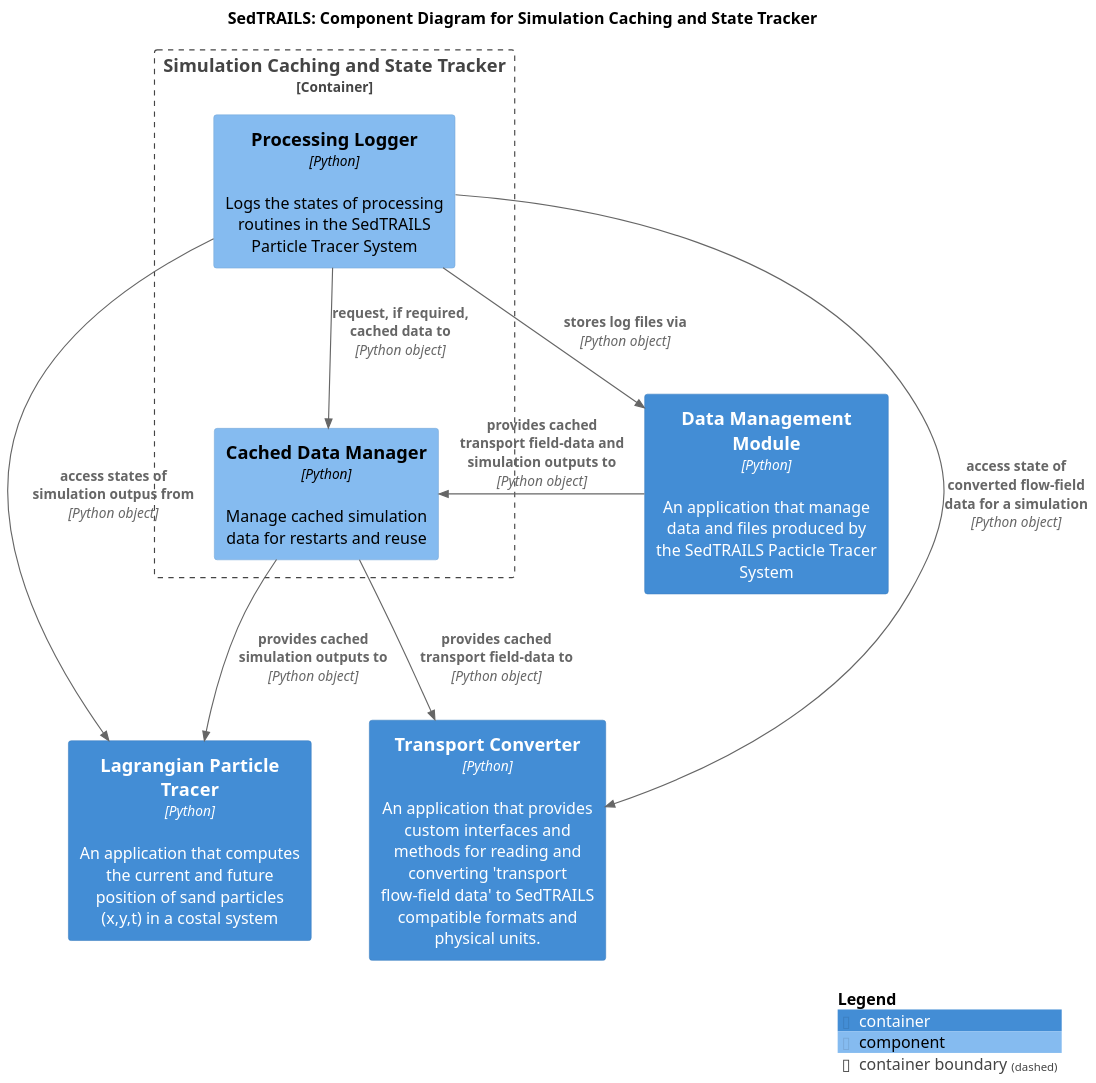
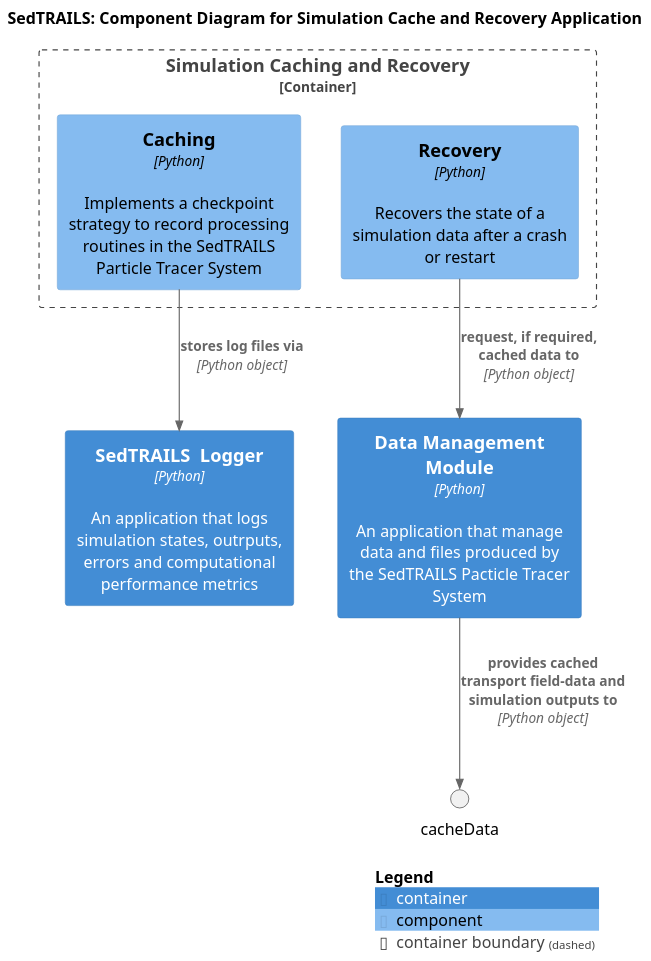
Before and after one commit to sgpearson17/sedtrails-sgp: the diagram in diagrams/componets-cache-app.puml, drawn with PlantUML. The commit also changed 4 other files, not shown here.

```diff
--- a/diagrams/componets-cache-app.puml
+++ b/diagrams/componets-cache-app.puml
@@ -1,30 +1,24 @@
 @startuml SedtrailComponentsCache
 !include ./c4/C4_Component.puml
 
 ' LAYOUT_LANDSCAPE()
 
-title SedTRAILS: Component Diagram for Simulation Caching and State Tracker
+title SedTRAILS: Component Diagram for Simulation Cache and Recovery Application
 scale 1.5
-
-Container(sedtrailsTracer, "Lagrangian Particle Tracer", "Python", "An application that computes the current and future position of sand particles (x,y,t) in a costal system")
 
 Container(dataManager, "Data Management Module", "Python", "An application that manage data and files produced by the SedTRAILS Pacticle Tracer System")
 
-Container(transportConverter, "Transport Converter", "Python", "An application that provides custom interfaces and methods for reading and converting 'transport flow-field data' to SedTRAILS compatible formats and physical units.")
+Container(sedtrailsLogger, "SedTRAILS  Logger", "Python", "An application that logs simulation states, outrputs, errors and computational performance metrics")
 
-Container_Boundary(cache, "Simulation Caching and State Tracker", "Python", "Tracks simulation state and recovers simulation outputs to allow restarts, and reusing simulation inputs and outputs"){
-    Component(logger, "Processing Logger", "Python", "Logs the states of processing routines in the SedTRAILS Particle Tracer System")
-    Component(cacheData, "Cached Data Manager", "Python", "Manage cached simulation data for restarts and reuse")
+Container_Boundary(cache, "Simulation Caching and Recovery", "Python", "Provides functionality to recover simulation output, allow restarts, and reusing simulation inputs and outputs"){
+    Component(caching, "Caching", "Python", "Implements a checkpoint strategy to record processing routines in the SedTRAILS Particle Tracer System")
+    Component(recovery, "Recovery", "Python", "Recovers the state of a simulation data after a crash or restart")
 }
 
-Rel(logger, transportConverter, "access state of converted flow-field data for a simulation", "Python object")
-Rel(logger, sedtrailsTracer, "access states of simulation outpus from", "Python object")
-Rel(logger, cacheData , "request, if required, cached data to", "Python object")
+Rel(recovery, dataManager , "request, if required, cached data to", "Python object")
 
 Rel(dataManager, cacheData, "provides cached transport field-data and simulation outputs to", "Python object")
-Rel(cacheData, transportConverter, "provides cached transport field-data to", "Python object")
-Rel(cacheData, sedtrailsTracer, "provides cached simulation outputs to", "Python object")
-Rel(logger, dataManager, "stores log files via", "Python object")
+Rel(caching, sedtrailsLogger, "stores log files via", "Python object")
 
 SHOW_LEGEND()
 @enduml
```
